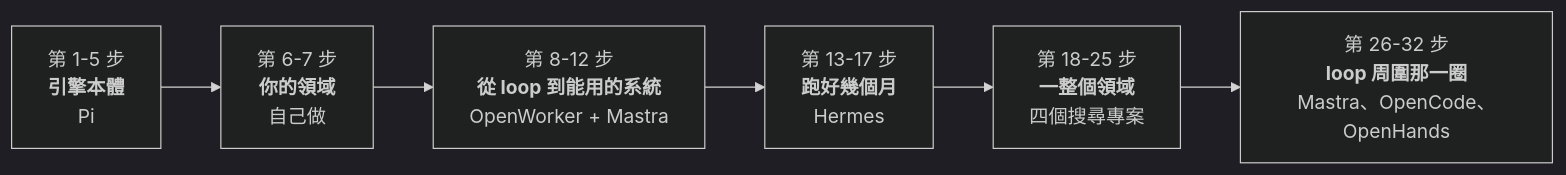
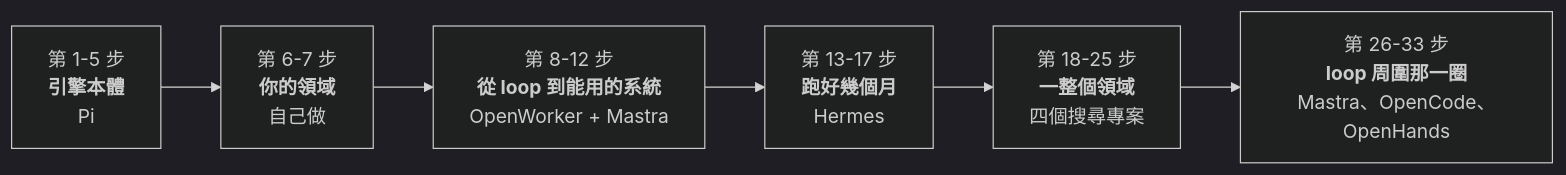
Before and after one commit to whereissam/learn-agent-engineering-from-production: the second of 2 diagrams in README.zh-TW.md, drawn with Mermaid (dark theme). The commit also changed other lines of this file and 11 other files, not shown here.

````diff
--- a/README.zh-TW.md
+++ b/README.zh-TW.md
@@ -63,8 +63,8 @@
 ```mermaid
 flowchart LR
     P1["第 1-5 步<br/><b>引擎本體</b><br/>Pi"] --> P2["第 6-7 步<br/><b>你的領域</b><br/>自己做"]
     P2 --> P3["第 8-12 步<br/><b>從 loop 到能用的系統</b><br/>OpenWorker + Mastra"]
     P3 --> P4["第 13-17 步<br/><b>跑好幾個月</b><br/>Hermes"]
     P4 --> P5["第 18-25 步<br/><b>一整個領域</b><br/>四個搜尋專案"]
-    P5 --> P6["第 26-32 步<br/><b>loop 周圍那一圈</b><br/>Mastra、OpenCode、OpenHands"]
+    P5 --> P6["第 26-33 步<br/><b>loop 周圍那一圈</b><br/>Mastra、OpenCode、OpenHands"]
 ```
````
